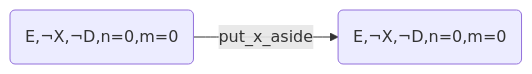
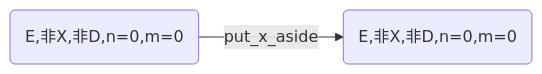
The eighth of 29 diagrams in docs/SolversBaseOnPDDL/GP_Numerical/图法QNP.md (Tridu33/ZERO-Starting-AI-Planning-in-PDDL-Descripted-World), drawn with Mermaid before and after one commit. The commit also changed other lines of this file and 25 other files, not shown here.

````diff
--- a/docs/SolversBaseOnPDDL/GP_Numerical/图法QNP.md
+++ b/docs/SolversBaseOnPDDL/GP_Numerical/图法QNP.md
@@ -218,4 +218,4 @@
 ```mermaid
 graph LR;
-　　S11(E,&notX,&notD,n=0,m=0) -->|put_x_aside| S19(E,&notX,&notD,n=0,m=0);
+　　S11(E,非X,非D,n=0,m=0) -->|put_x_aside| S19(E,非X,非D,n=0,m=0);
 ```
````
